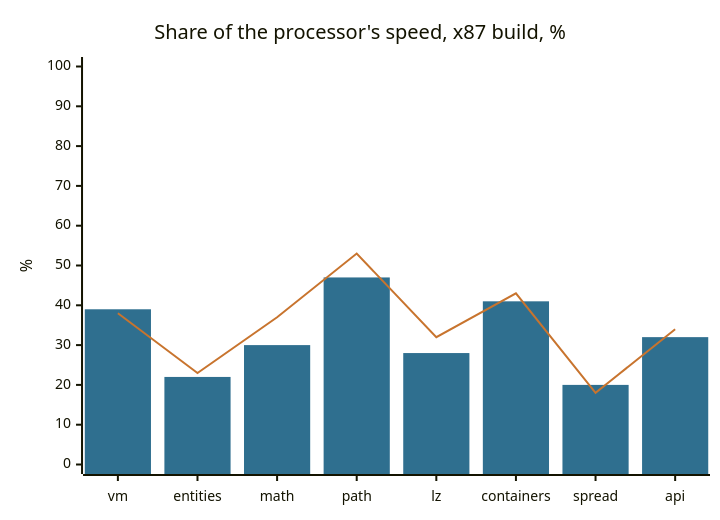
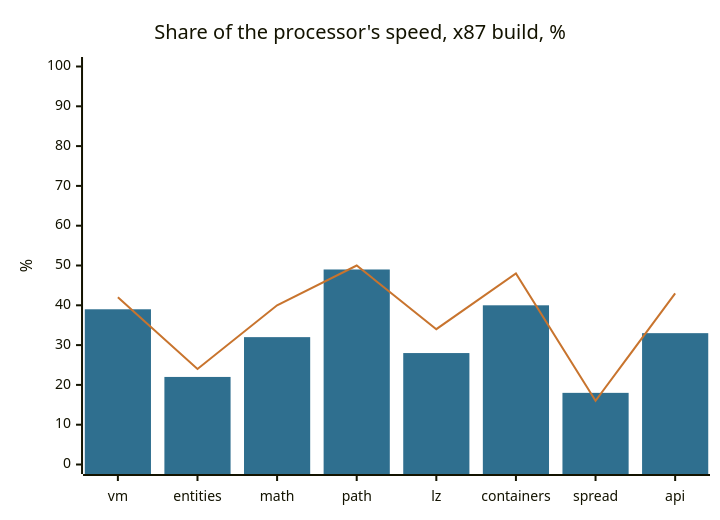
Before and after one commit to bottlify/bottlify: the third of 4 diagrams in modules/cork/README.md, drawn with Mermaid. The commit also changed other lines of this file and 1 other file, not shown here.

````diff
--- a/modules/cork/README.md
+++ b/modules/cork/README.md
@@ -131,9 +143,9 @@
 ```mermaid
 %%{init: {"theme": "base", "themeVariables": {"fontFamily": "Inter, Segoe UI, Helvetica, Arial, sans-serif", "xyChart": {"plotColorPalette": "#2F6F8F, #C8742E"}}}}%%
 xychart-beta
   title "Share of the processor's speed, x87 build, %"
   x-axis [vm, entities, math, path, lz, containers, spread, api]
   y-axis "%" 0 --> 100
-  bar [39, 22, 30, 47, 28, 41, 20, 32]
-  line [38, 23, 37, 53, 32, 43, 18, 34]
+  bar [39, 22, 32, 49, 28, 40, 18, 33]
+  line [42, 24, 40, 50, 34, 48, 16, 43]
 ```
````
